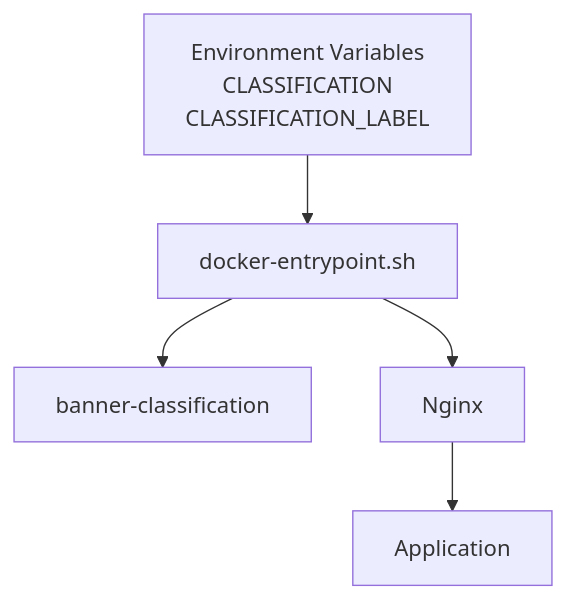
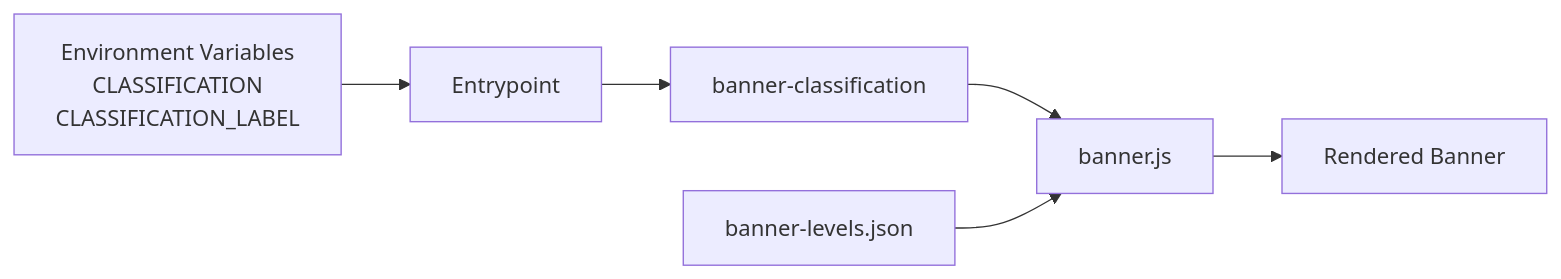
The first of 2 diagrams in README.md (DeathByMisadventure/dodbanner), drawn with Mermaid before and after one commit. The commit also changed 1 other file, not shown here.

Commit message:
Additional documentation update and sample docker compose

````diff
--- a/README.md
+++ b/README.md
@@ -50,17 +50,15 @@
 ```mermaid
-flowchart TB
-    ENV["Environment Variables<br/>CLASSIFICATION<br/>CLASSIFICATION_LABEL"]
+flowchart LR
+    E["Environment Variables<br/>CLASSIFICATION<br/>CLASSIFICATION_LABEL"]
+    S["Entrypoint"]
+    F["banner-classification"]
+    J["banner.js"]
+    L["banner-levels.json"]
+    B["Rendered Banner"]
 
-    ENTRY["docker-entrypoint.sh"]
-
-    FILE["banner-classification"]
-
-    NGINX["Nginx"]
-
-    APP["Application"]
-
-    ENV --> ENTRY
-    ENTRY --> FILE
-    ENTRY --> NGINX
-    NGINX --> APP
+    E --> S
+    S --> F
+    F --> J
+    L --> J
+    J --> B
 ```
````
